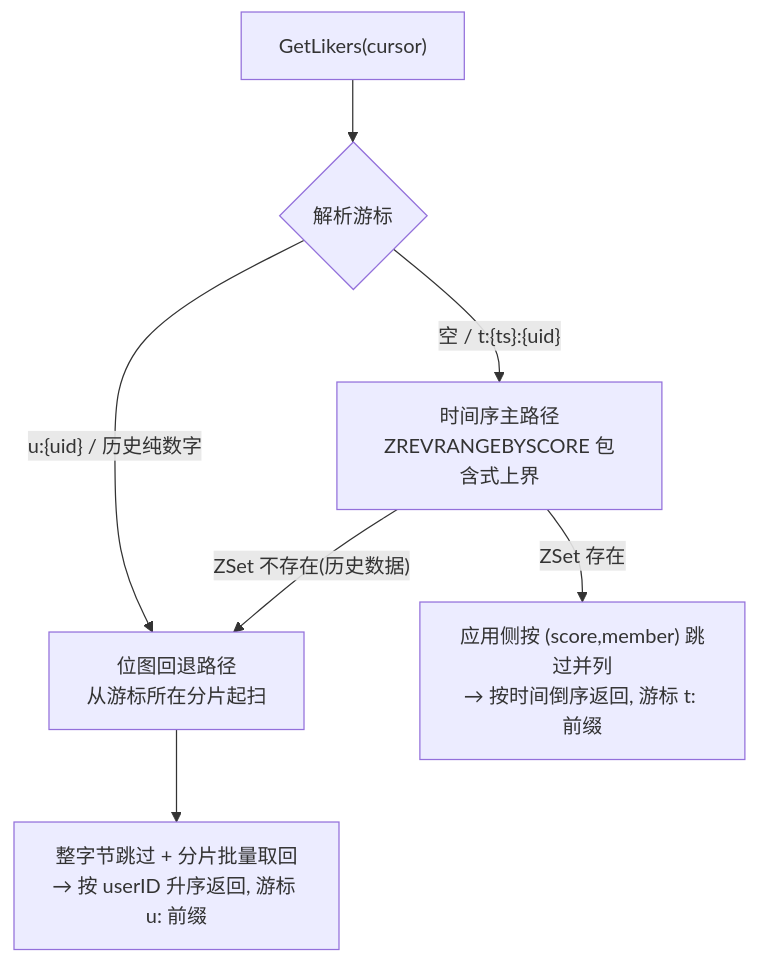
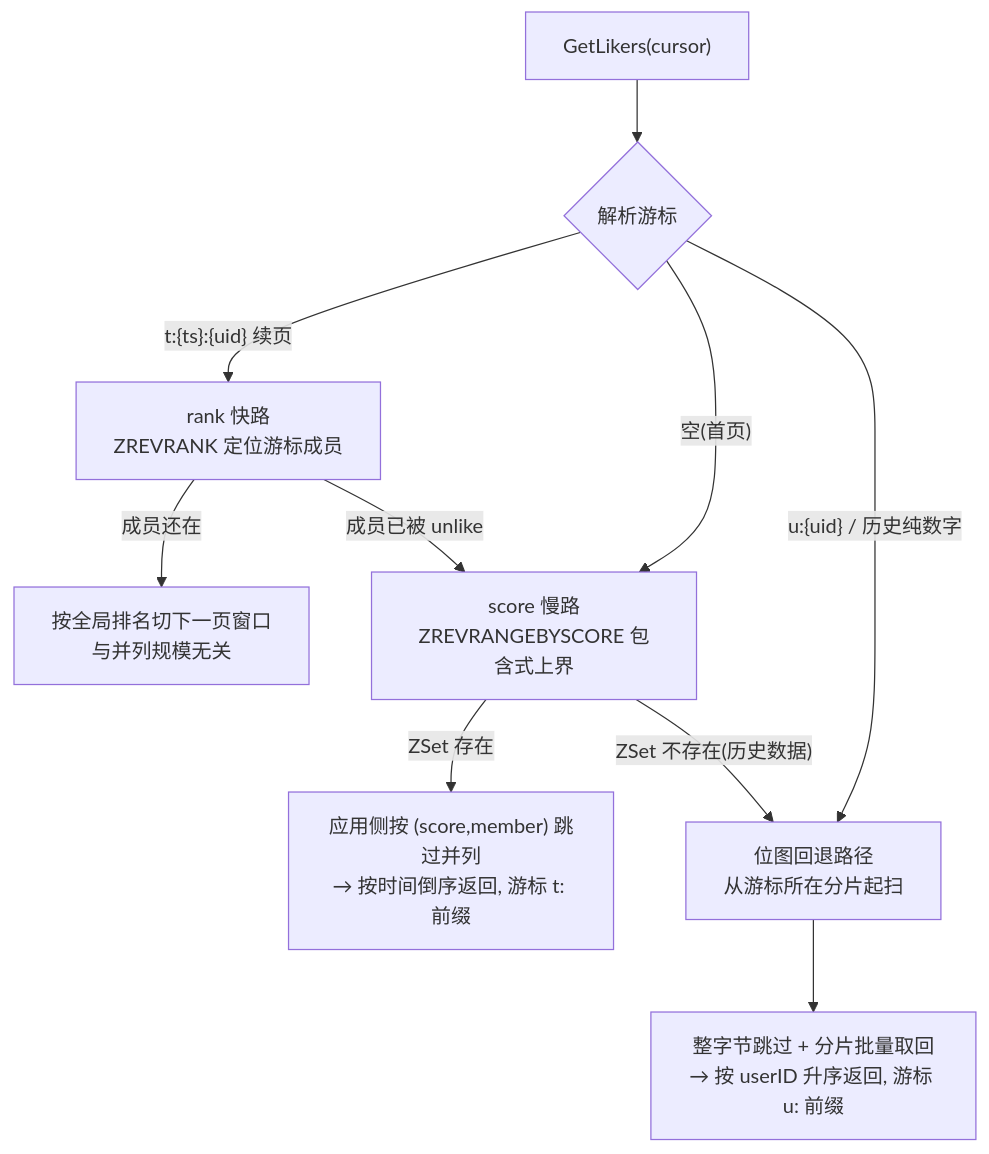
The eighth of 18 diagrams in docs/modules/05-点赞收藏计数模块.md (bitladykiller/zhiguang_go), drawn with Mermaid before and after one commit. The commit also changed other lines of this file and 42 other files, not shown here.

````diff
--- a/docs/modules/05-点赞收藏计数模块.md
+++ b/docs/modules/05-点赞收藏计数模块.md
@@ -389,9 +389,12 @@
 ```mermaid
 flowchart TD
     A["GetLikers(cursor)"] --> P{解析游标}
-    P -->|"空 / t:{ts}:{uid}"| T["时间序主路径<br/>ZREVRANGEBYSCORE 包含式上界"]
+    P -->|"t:{ts}:{uid} 续页"| R["rank 快路<br/>ZREVRANK 定位游标成员"]
+    R -->|"成员还在"| R2["按全局排名切下一页窗口<br/>与并列规模无关"]
+    R -->|"成员已被 unlike"| T
+    P -->|"空(首页)"| T["score 慢路<br/>ZREVRANGEBYSCORE 包含式上界"]
     P -->|"u:{uid} / 历史纯数字"| F["位图回退路径<br/>从游标所在分片起扫"]
     T -->|"ZSet 存在"| T2["应用侧按 (score,member) 跳过并列<br/>→ 按时间倒序返回, 游标 t: 前缀"]
     T -->|"ZSet 不存在(历史数据)"| F
     F --> F2["整字节跳过 + 分片批量取回<br/>→ 按 userID 升序返回, 游标 u: 前缀"]
 ```
````
